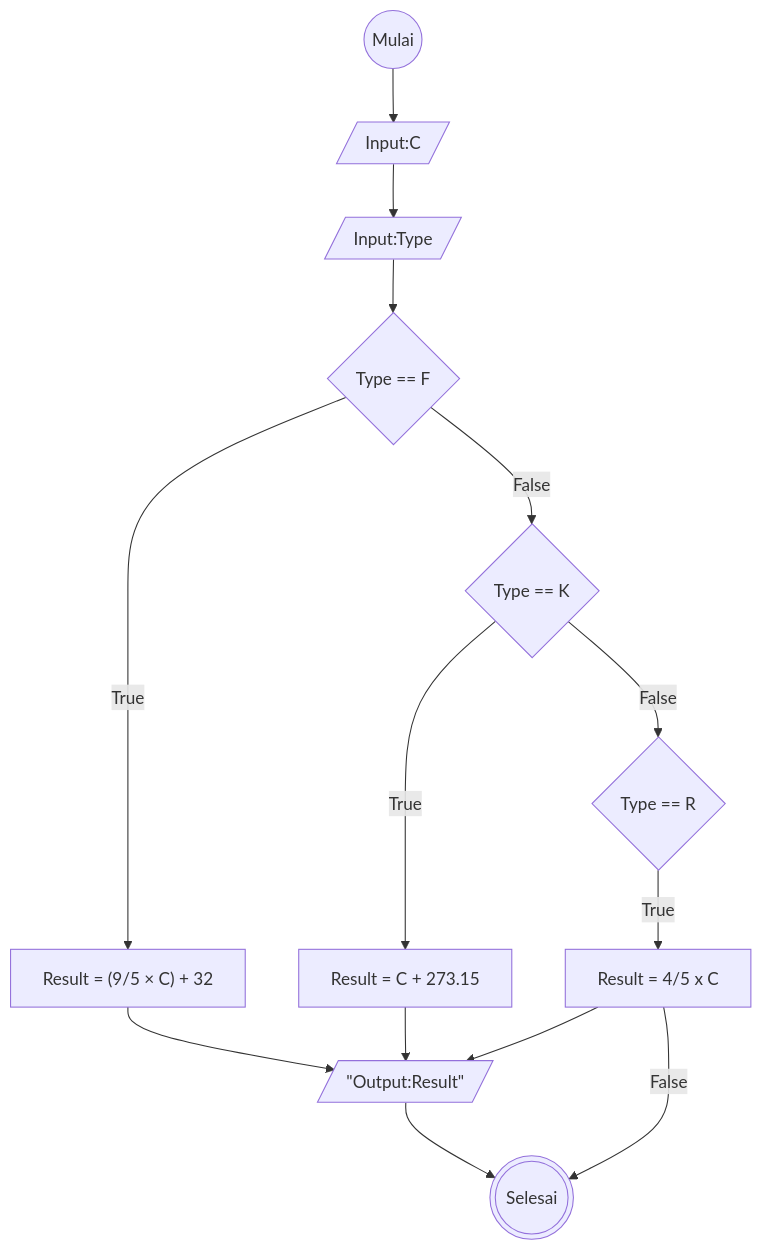
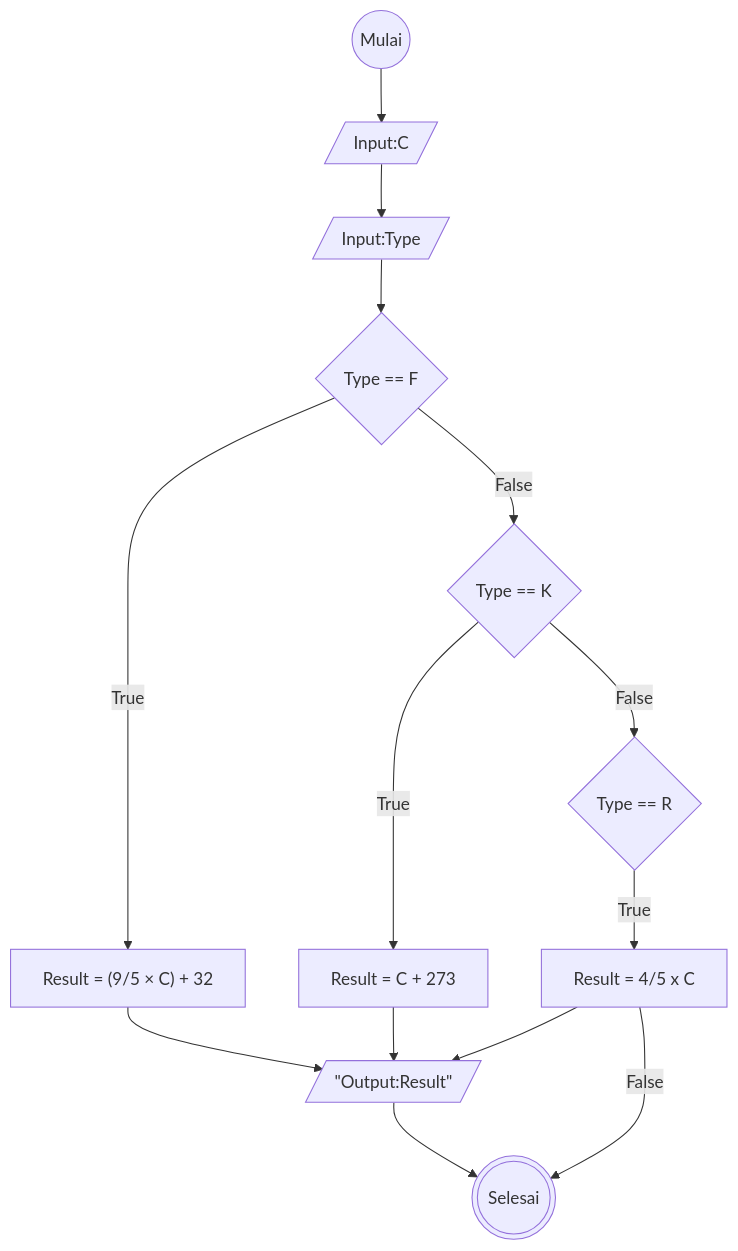
The second of 2 diagrams in Algoritma Minitask - Konversi Suhu.md (ranandasatria/fgo24-algoritma), drawn with Mermaid before and after one commit. The commit also changed other lines of this file, not shown here.

````diff
--- a/Algoritma Minitask - Konversi Suhu.md
+++ b/Algoritma Minitask - Konversi Suhu.md
@@ -14,29 +56,29 @@
 ```mermaid
 flowchart
 a@{shape: circle, label: "Mulai"}
 b@{shape: lean-r, label: "Input:C"}
 type@{shape: lean-r, label: "Input:Type"}
 selector1{"Type == F"}
 selector2{"Type == K"}
 selector3{"Type == R"}
 d@{shape: rect, label: Result = (9/5 × C) + 32}
-e@{shape: rect, label: Result = C + 273.15}
+e@{shape: rect, label: Result = C + 273}
 f@{shape: rect, label: Result = 4/5 x C}
 output@{shape: lean-r, label: '"Output:Result"'}
 j@{shape: dbl-circ, label: "Selesai"}
 
 a --> b
 b --> type
 type --> selector1
 selector1 --True--> d
 selector1 --False--> selector2
 selector2 --True--> e
 selector2 --False--> selector3
 selector3 --True--> f
 d --> output
 e --> output
 f --> output
 output --> j
 f --False --> j
 
 ```
````
